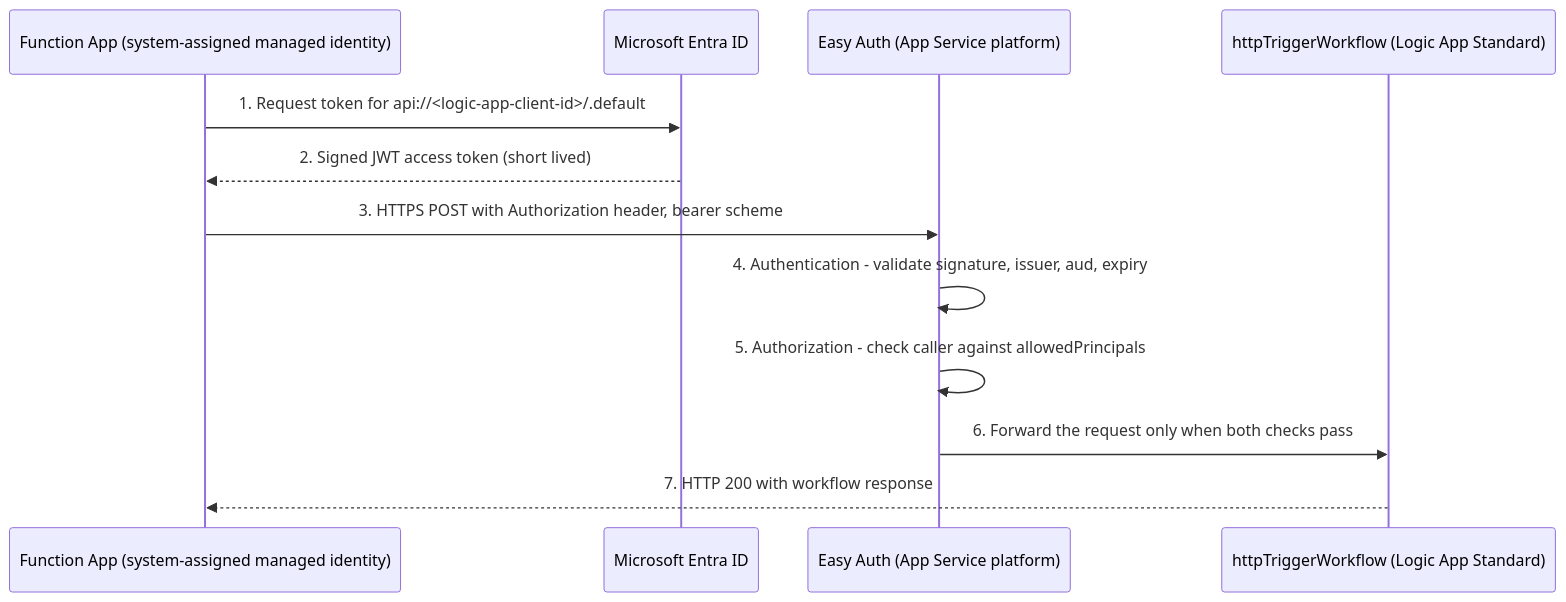
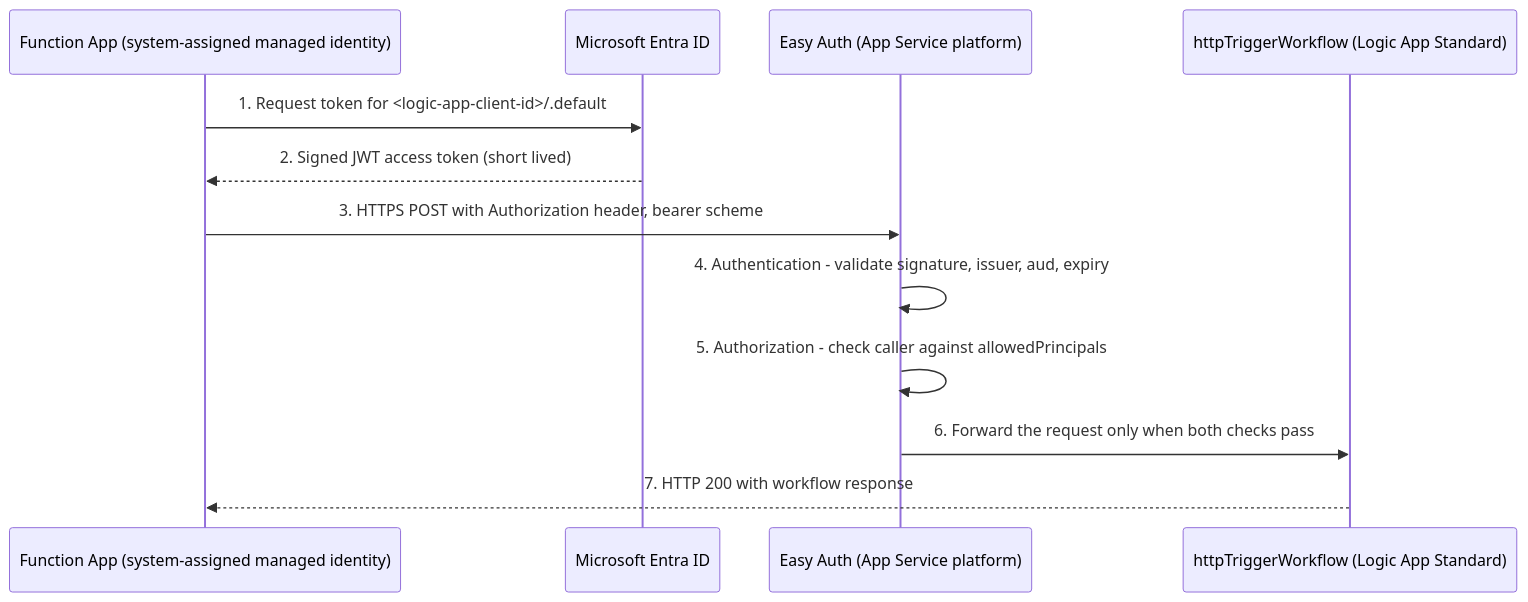
The diagram in docs/lab3-managed-identity-bearer-token-flow.md (JohanDeWeerdtMSFT/logicapp-easyauth-lab), drawn with Mermaid before and after one commit. The commit also changed other lines of this file and 5 other files, not shown here.

````diff
--- a/docs/lab3-managed-identity-bearer-token-flow.md
+++ b/docs/lab3-managed-identity-bearer-token-flow.md
@@ -45,15 +45,15 @@
 ```mermaid
 sequenceDiagram
     participant F as Function App (system-assigned managed identity)
     participant E as Microsoft Entra ID
     participant A as Easy Auth (App Service platform)
     participant W as httpTriggerWorkflow (Logic App Standard)
 
-    F->>E: 1. Request token for api://<logic-app-client-id>/.default
+    F->>E: 1. Request token for <logic-app-client-id>/.default
     E-->>F: 2. Signed JWT access token (short lived)
     F->>A: 3. HTTPS POST with Authorization header, bearer scheme
     A->>A: 4. Authentication - validate signature, issuer, aud, expiry
     A->>A: 5. Authorization - check caller against allowedPrincipals
     A->>W: 6. Forward the request only when both checks pass
     W-->>F: 7. HTTP 200 with workflow response
 ```
````
